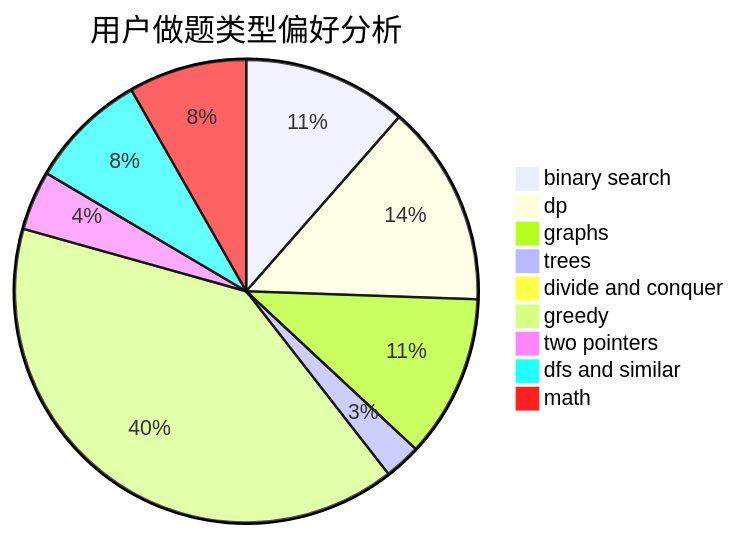
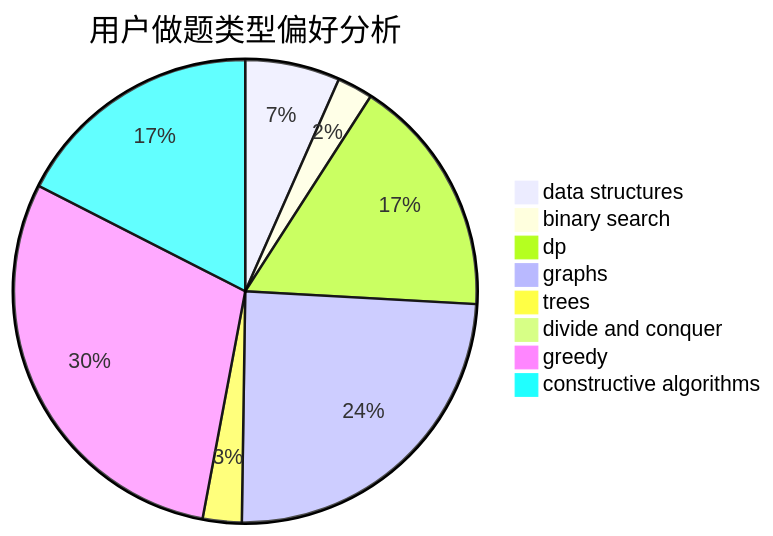
The second of 3 diagrams in docs/user/u1816.md (sherpahu/cfrs.github.io), drawn with Mermaid before and after one commit. The commit also changed other lines of this file and 2775 other files, not shown here.

````diff
--- a/docs/user/u1816.md
+++ b/docs/user/u1816.md
@@ -23,12 +23,11 @@
 ```mermaid
 pie title 用户做题类型偏好分析
-    "binary search" :  257
-    "dp" :  316
-    "graphs" :  255
-    "trees" :  57
-    "divide and conquer" :  11
-    "greedy" :  894
-    "two pointers" :  93
-    "dfs and similar" :  185
-    "math" :  185
+    "data structures" :  56
+    "binary search" :  21
+    "dp" :  142
+    "graphs" :  206
+    "trees" :  23
+    "divide and conquer" :  0
+    "greedy" :  250
+    "constructive algorithms" :  148
 ```
````
